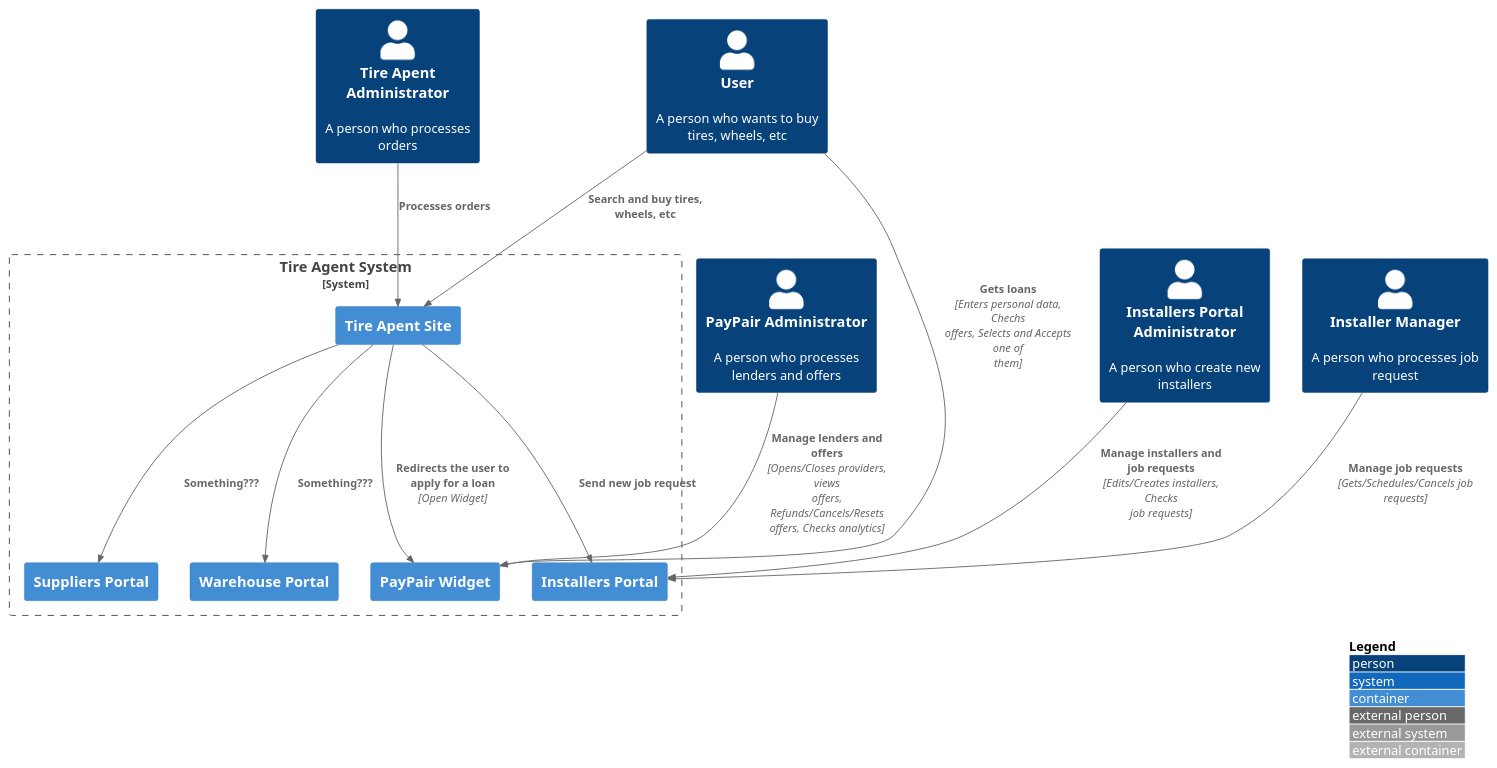
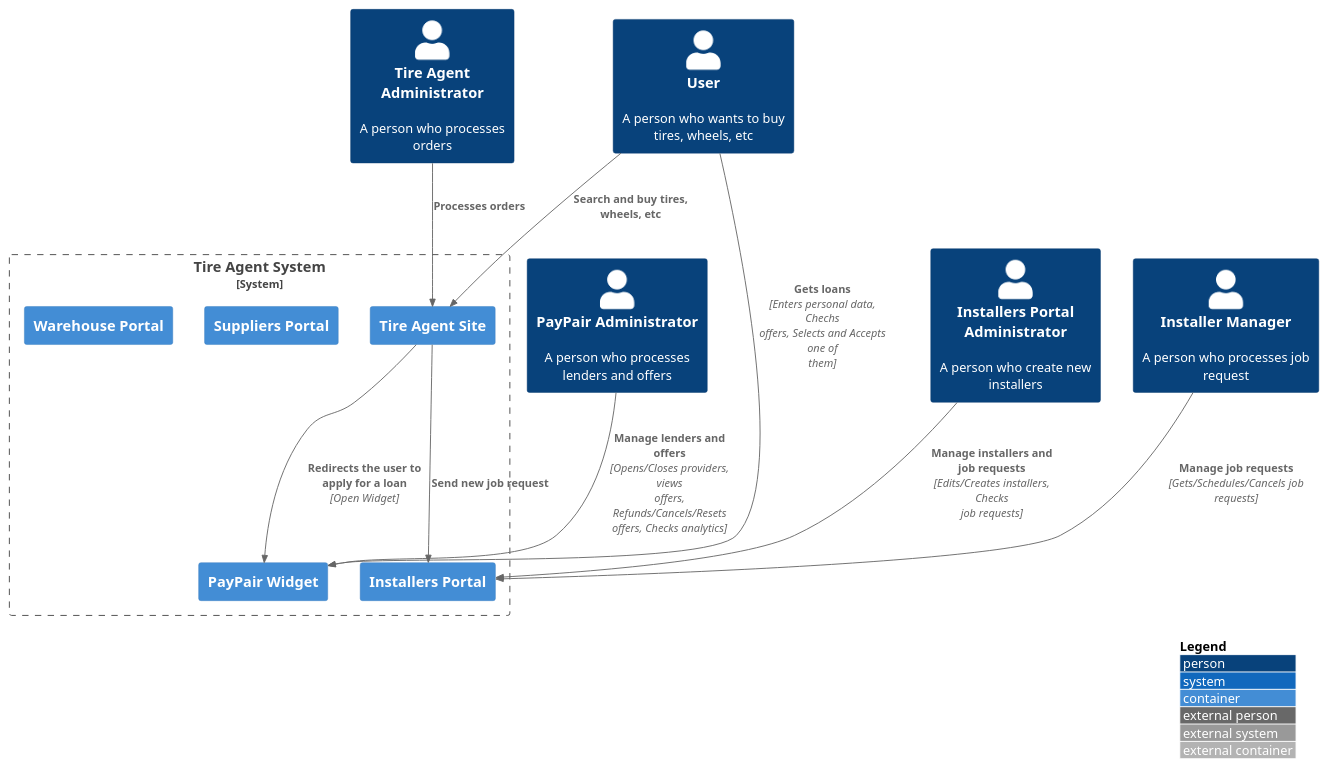
Before and after one commit to artsiomivanets/docs: the diagram in src/1.1.1 Diagram for all system/context.puml, drawn with PlantUML. The commit also changed 4 other files, not shown here.

```diff
--- a/src/1.1.1 Diagram for all system/context.puml
+++ b/src/1.1.1 Diagram for all system/context.puml
@@ -1,31 +1,29 @@
 @startuml
 !include https://raw.githubusercontent.com/adrianvlupu/C4-PlantUML/latest/C4_Container.puml
 
 LAYOUT_WITH_LEGEND()
 
-Person(ta_admin, "Tire Apent Administrator", "A person who processes orders")
+Person(ta_admin, "Tire Agent Administrator", "A person who processes orders")
 Person(pp_admin, "PayPair Administrator", "A person who processes lenders and offers")
 Person(ip_admin, "Installers Portal Administrator", "A person who create new installers")
 Person(ip_manager, "Installer Manager", "A person who processes job request")
 Person(ta_user, "User", "A person who wants to buy tires, wheels, etc")
 
 System_Boundary(ta_system, "Tire Agent System") {
-    Container(ta_app, "Tire Apent Site", "", "")
+    Container(ta_app, "Tire Agent Site", "", "")
     Container(pp_app, "PayPair Widget", "", "")
     Container(ip_app, "Installers Portal", "", "")
     Container(sp_app, "Suppliers Portal", "", "")
     Container(wp_app, "Warehouse Portal", "", "")
 
     Rel(ta_app, pp_app, "Redirects the user to apply for a loan", "Open Widget")
     Rel(ta_app, ip_app, "Send new job request", "")
-    Rel(ta_app, sp_app, "Something???", "")
-    Rel(ta_app, wp_app, "Something???", "")
 }
 
 Rel(ta_admin, ta_app, "Processes orders")
 Rel(ta_user, ta_app, "Search and buy tires, wheels, etc")
 Rel(ta_user, pp_app, "Gets loans", "Enters personal data, Chechs offers, Selects and Accepts one of them")
 Rel(pp_admin, pp_app, "Manage lenders and offers", "Opens/Closes providers, views offers, Refunds/Cancels/Resets offers, Checks analytics")
 Rel(ip_admin, ip_app, "Manage installers and job requests", "Edits/Creates installers, Checks job requests")
 Rel(ip_manager, ip_app, "Manage job requests", "Gets/Schedules/Cancels job requests")
 @enduml
```
